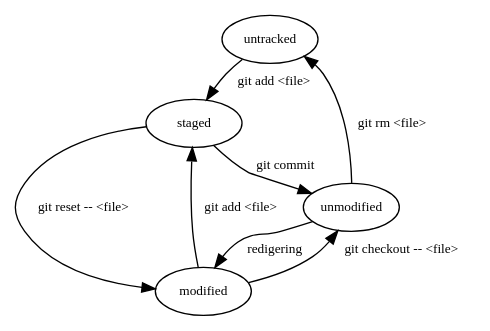
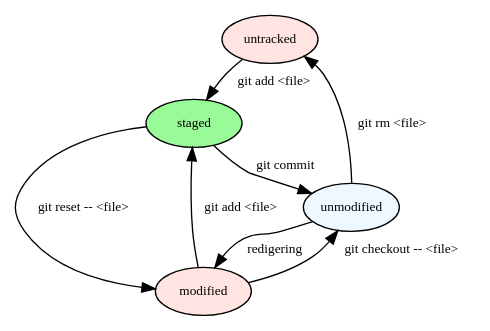
The diagram in lektioner/11-programmering-i-team/fig/file-status.dot (jonaskeisu/newton-sysg-op1), drawn with Graphviz before and after one commit. The commit also changed 14 other files, not shown here.

```diff
--- a/lektioner/11-programmering-i-team/fig/file-status.dot
+++ b/lektioner/11-programmering-i-team/fig/file-status.dot
@@ -1,19 +1,19 @@
 digraph file_status {
     ranksep=0.2
     nodesep=0.3
-    node [fontsize=10]
+    node [fontsize=10, style=filled]
     edge [fontsize=10]
     node [fixedsize=true, width=1]
-    untracked 
-    staged
-    unmodified
-    modified
+    untracked [fillcolor=mistyrose]
+    staged [fillcolor=palegreen]
+    unmodified [fillcolor=aliceblue]
+    modified [fillcolor=mistyrose]
 
     untracked -> staged [label = "git add <file>"]
     unmodified -> modified [label = "redigering"]
     staged -> unmodified [label = "git commit"]
     staged -> modified [label = "git reset -- <file>"]
     modified -> unmodified [label = "git checkout -- <file>"]
     unmodified -> untracked [label = "git rm <file>"]
     modified -> staged [label = "git add <file>"]
 }
```
